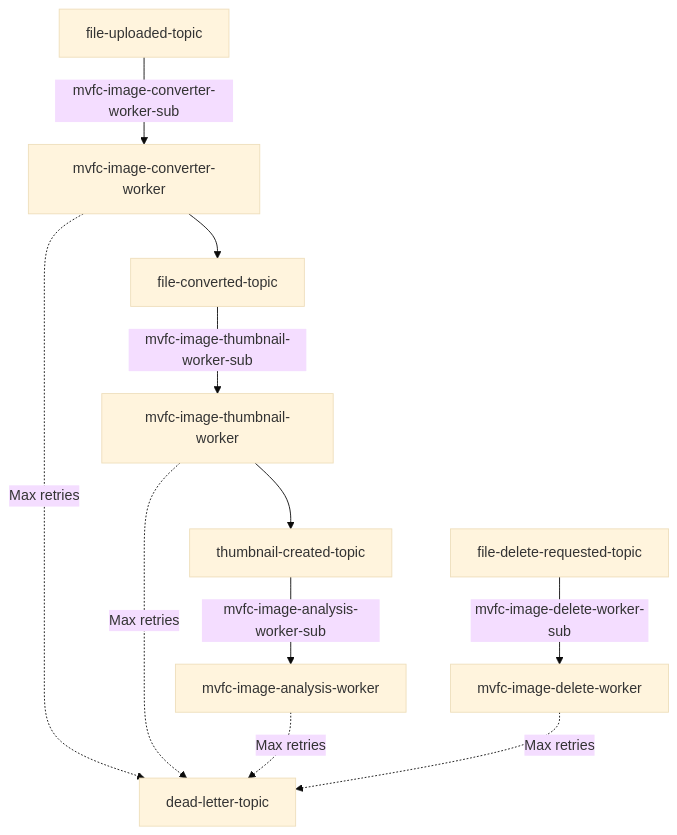
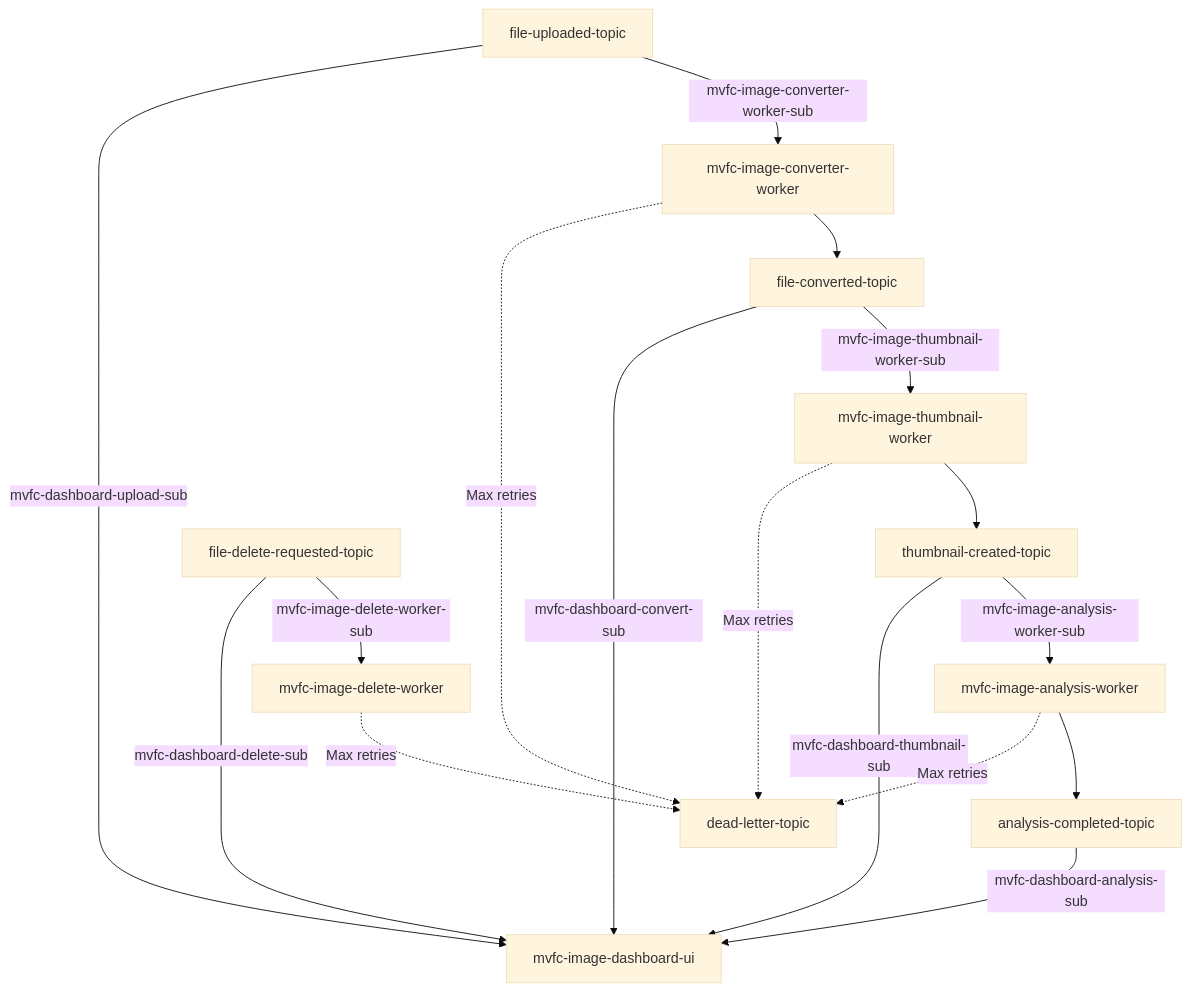
The fifth of 5 diagrams in README.md (Marcus-V-Freitas/MVFC.ImageProcessing), drawn with Mermaid (base theme) before and after one commit. The commit also changed other lines of this file and 60 other files, not shown here.

First line of the commit message:
feat: introduce real-time SSE dashboard updates and relax upload validation

````diff
--- a/README.md
+++ b/README.md
@@ -244,14 +246,20 @@
 ```mermaid
 graph TD
     T1["file-uploaded-topic"] -->|mvfc-image-converter-worker-sub| CONV["mvfc-image-converter-worker"]
     CONV --> T2["file-converted-topic"]
     T2 -->|mvfc-image-thumbnail-worker-sub| TW["mvfc-image-thumbnail-worker"]
     TW --> T3["thumbnail-created-topic"]
     T3 -->|mvfc-image-analysis-worker-sub| IA["mvfc-image-analysis-worker"]
+    IA --> T5["analysis-completed-topic"]
+    T5 -->|mvfc-dashboard-analysis-sub| DASH["mvfc-image-dashboard-ui"]
     T4["file-delete-requested-topic"] -->|mvfc-image-delete-worker-sub| DEL["mvfc-image-delete-worker"]
+    T1 -->|mvfc-dashboard-upload-sub| DASH
+    T2 -->|mvfc-dashboard-convert-sub| DASH
+    T3 -->|mvfc-dashboard-thumbnail-sub| DASH
+    T4 -->|mvfc-dashboard-delete-sub| DASH
 
     CONV -.->|Max retries| DLQ["dead-letter-topic"]
     TW -.->|Max retries| DLQ
     IA -.->|Max retries| DLQ
     DEL -.->|Max retries| DLQ
 ```
````
